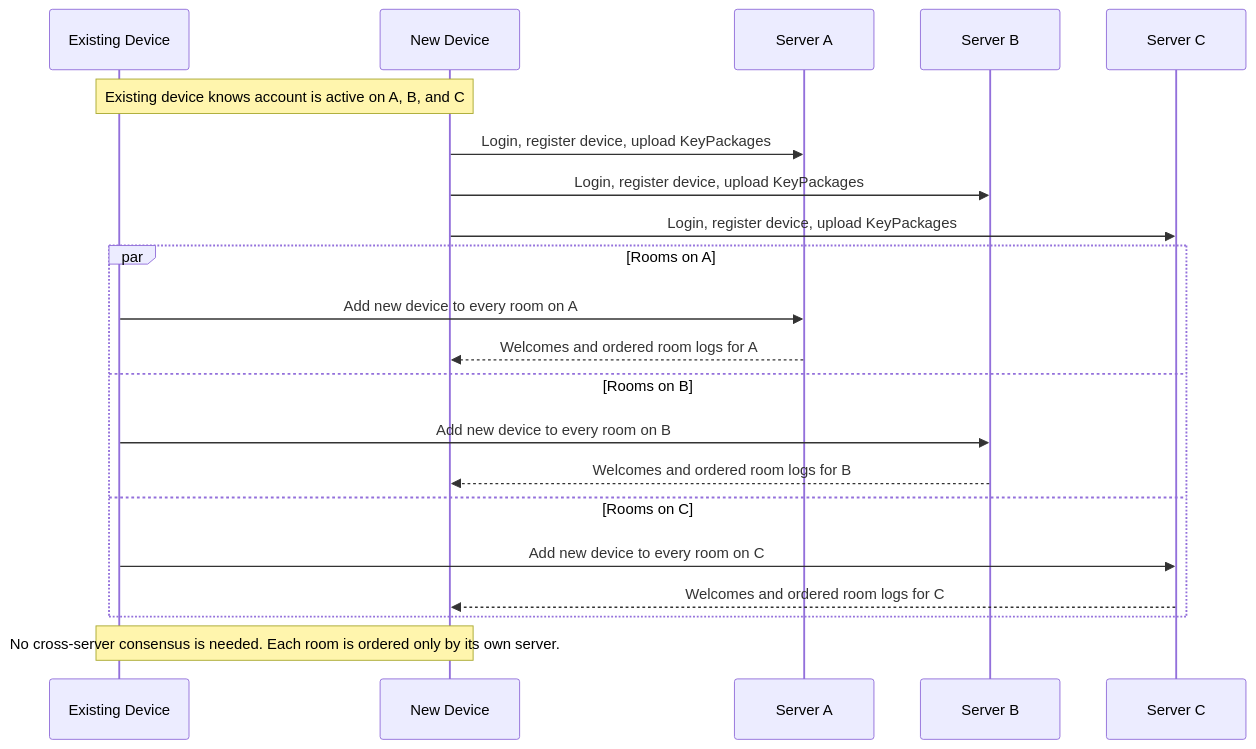
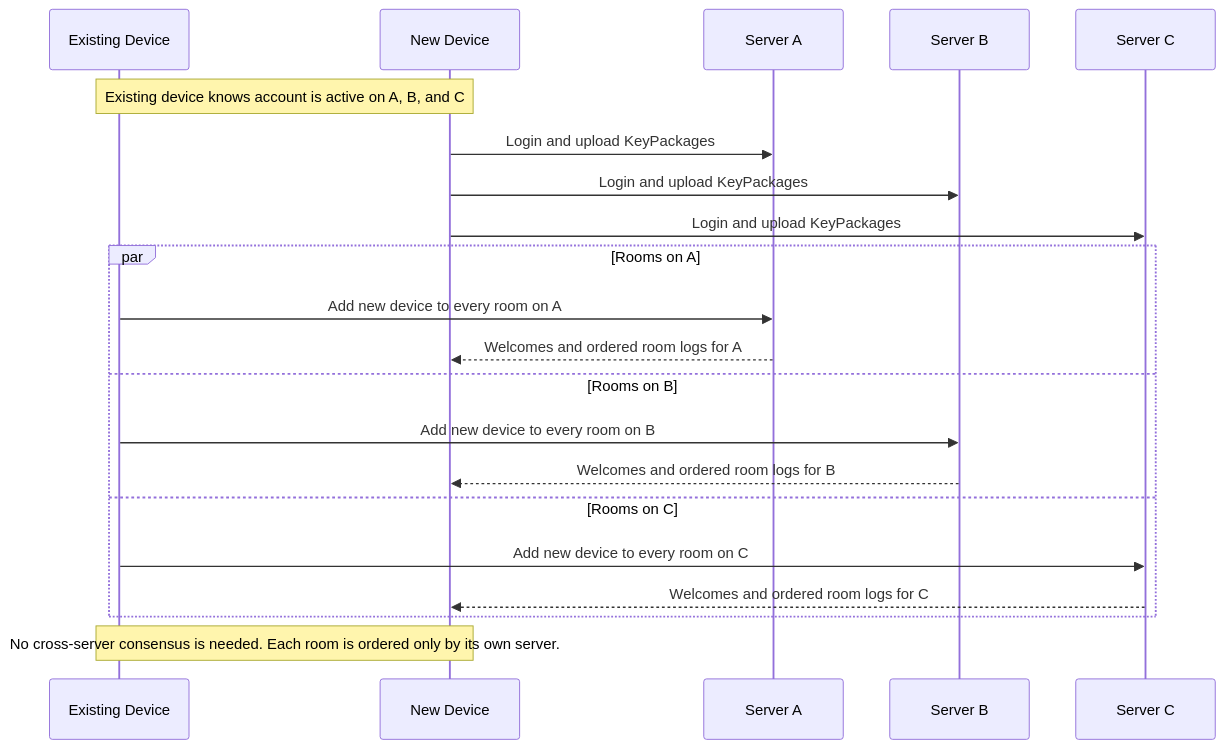
The diagram in docs/diagrams/chat-server-linking-many-servers.mmd (sledtools/pika), drawn with Mermaid before and after one commit. The commit also changed 9 other files, not shown here.

```diff
--- a/docs/diagrams/chat-server-linking-many-servers.mmd
+++ b/docs/diagrams/chat-server-linking-many-servers.mmd
@@ -1,22 +1,22 @@
 sequenceDiagram
     participant Old as Existing Device
     participant New as New Device
     participant A as Server A
     participant B as Server B
     participant C as Server C
 
     Note over Old,New: Existing device knows account is active on A, B, and C
-    New->>A: Login, register device, upload KeyPackages
-    New->>B: Login, register device, upload KeyPackages
-    New->>C: Login, register device, upload KeyPackages
+    New->>A: Login and upload KeyPackages
+    New->>B: Login and upload KeyPackages
+    New->>C: Login and upload KeyPackages
     par Rooms on A
         Old->>A: Add new device to every room on A
         A-->>New: Welcomes and ordered room logs for A
     and Rooms on B
         Old->>B: Add new device to every room on B
         B-->>New: Welcomes and ordered room logs for B
     and Rooms on C
         Old->>C: Add new device to every room on C
         C-->>New: Welcomes and ordered room logs for C
     end
     Note over Old,New: No cross-server consensus is needed. Each room is ordered only by its own server.
```
